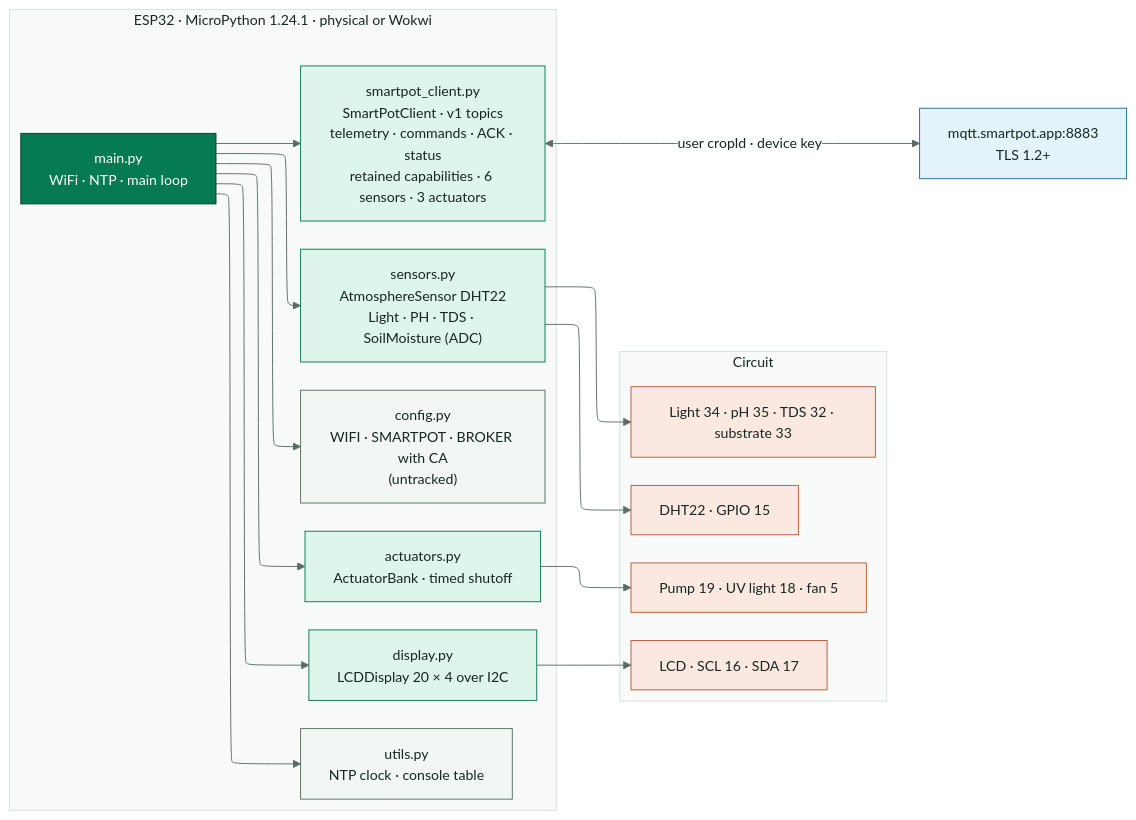
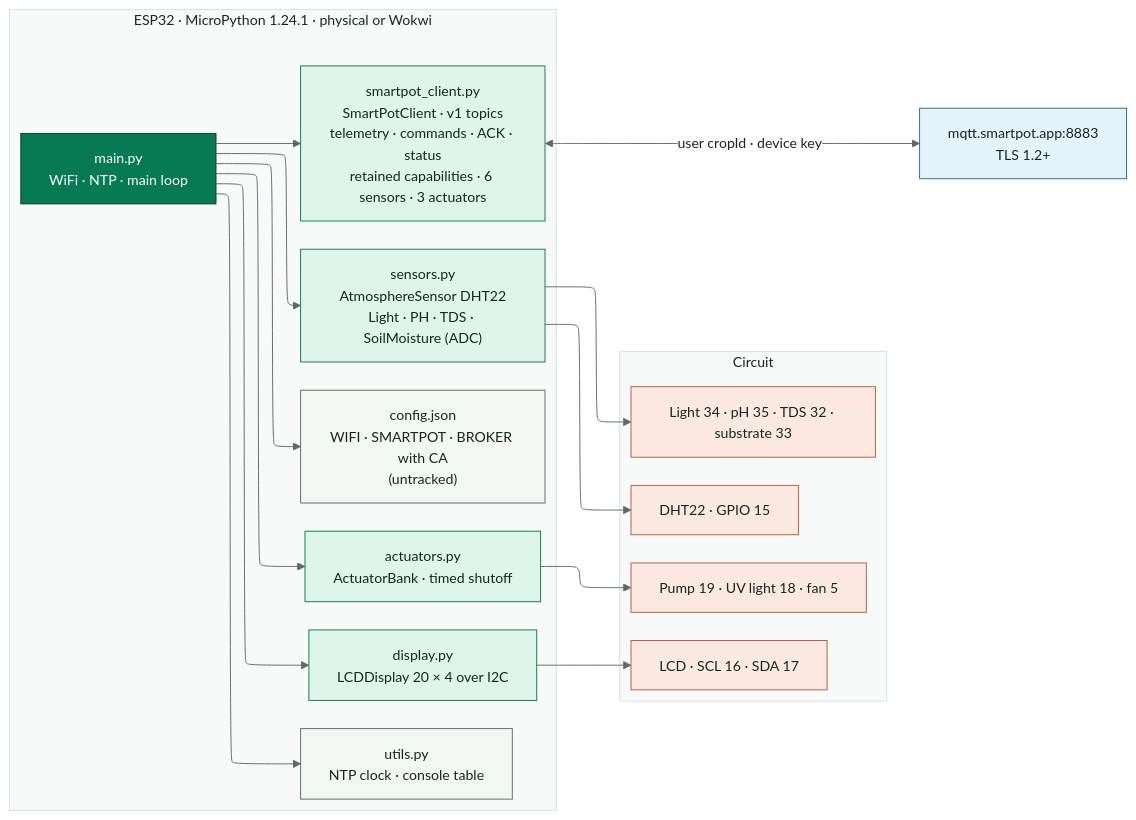
Before and after one commit to SmartPotTech/SmartPot-IoT-Python: the first of 3 diagrams in docs/SmartPot_IoT_Documentation.md, drawn with Mermaid. The commit also changed other lines of this file and 8 other files, not shown here.

First line of the commit message:
Document config.json as the device configuration file [skip deploy]

````diff
--- a/docs/SmartPot_IoT_Documentation.md
+++ b/docs/SmartPot_IoT_Documentation.md
@@ -45,39 +45,39 @@
 ```mermaid
 %%{init: {"theme": "base", "fontFamily": "Segoe UI, Arial, sans-serif", "themeVariables": {"fontFamily": "Segoe UI, Arial, sans-serif", "fontSize": "15px", "primaryColor": "#DDF5EA", "primaryTextColor": "#17261F", "primaryBorderColor": "#067A52", "secondaryColor": "#E3F2FB", "secondaryTextColor": "#17261F", "secondaryBorderColor": "#1F6FA0", "tertiaryColor": "#F2F7F4", "tertiaryTextColor": "#17261F", "tertiaryBorderColor": "#D5E3DC", "lineColor": "#5B6B63", "textColor": "#17261F", "mainBkg": "#DDF5EA", "nodeBorder": "#067A52", "clusterBkg": "#F7FAF8", "clusterBorder": "#D5E3DC", "edgeLabelBackground": "#FFFFFF", "actorBkg": "#067A52", "actorBorder": "#0B3D2B", "actorTextColor": "#FFFFFF", "actorLineColor": "#5B6B63", "signalColor": "#17261F", "signalTextColor": "#17261F", "labelBoxBkgColor": "#0B3D2B", "labelBoxBorderColor": "#0B3D2B", "labelTextColor": "#FFFFFF", "loopTextColor": "#0B3D2B", "noteBkgColor": "#FDF4DD", "noteBorderColor": "#C98D12", "noteTextColor": "#17261F", "activationBkgColor": "#DDF5EA", "activationBorderColor": "#067A52", "attributeBackgroundColorOdd": "#FFFFFF", "attributeBackgroundColorEven": "#F2F7F4"}, "layout": "elk", "elk": {"nodePlacementStrategy": "BRANDES_KOEPF", "mergeEdges": false, "cycleBreakingStrategy": "GREEDY"}}}%%
 flowchart LR
   subgraph esp["ESP32 · MicroPython 1.24.1 · physical or Wokwi"]
     direction TB
     main["main.py<br/>WiFi · NTP · main loop"]
-    config["config.py<br/>WIFI · SMARTPOT · BROKER with CA<br/>(untracked)"]
+    config["config.json<br/>WIFI · SMARTPOT · BROKER with CA<br/>(untracked)"]
     client["smartpot_client.py<br/>SmartPotClient · v1 topics<br/>telemetry · commands · ACK · status<br/>retained capabilities · 6 sensors · 3 actuators"]
     sensors["sensors.py<br/>AtmosphereSensor DHT22<br/>Light · PH · TDS · SoilMoisture (ADC)"]
     actuators["actuators.py<br/>ActuatorBank · timed shutoff"]
     display["display.py<br/>LCDDisplay 20 × 4 over I2C"]
     utils["utils.py<br/>NTP clock · console table"]
   end
   subgraph hw["Circuit"]
     direction TB
     dht["DHT22 · GPIO 15"]
     adc["Light 34 · pH 35 · TDS 32 · substrate 33"]
     outs["Pump 19 · UV light 18 · fan 5"]
     lcd["LCD · SCL 16 · SDA 17"]
   end
   broker["mqtt.smartpot.app:8883<br/>TLS 1.2+"]
   main --> config & client & sensors & actuators & display & utils
   sensors --> dht & adc
   actuators --> outs
   display --> lcd
   client <-->|"user cropId · device key"| broker
   classDef leaf fill:#DDF5EA,stroke:#067A52,color:#17261F
   classDef water fill:#E3F2FB,stroke:#1F6FA0,color:#17261F
   classDef sun fill:#FDF4DD,stroke:#C98D12,color:#17261F
   classDef clay fill:#FBE9E1,stroke:#B85A38,color:#17261F
   classDef core fill:#067A52,stroke:#0B3D2B,color:#FFFFFF
   classDef deep fill:#0B3D2B,stroke:#06281C,color:#FFFFFF
   classDef muted fill:#F2F7F4,stroke:#5B6B63,color:#17261F
   class main core
   class config,utils muted
   class client,sensors,actuators,display leaf
   class dht,adc,outs,lcd clay
   class broker water
 ```
````
